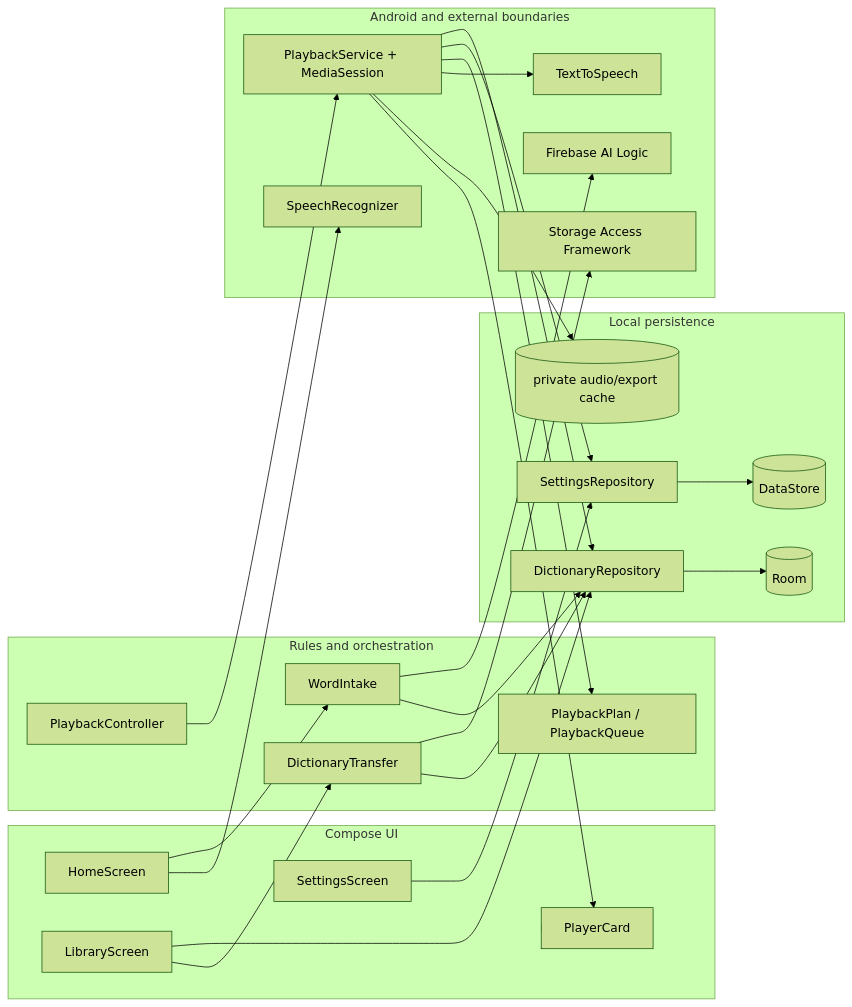
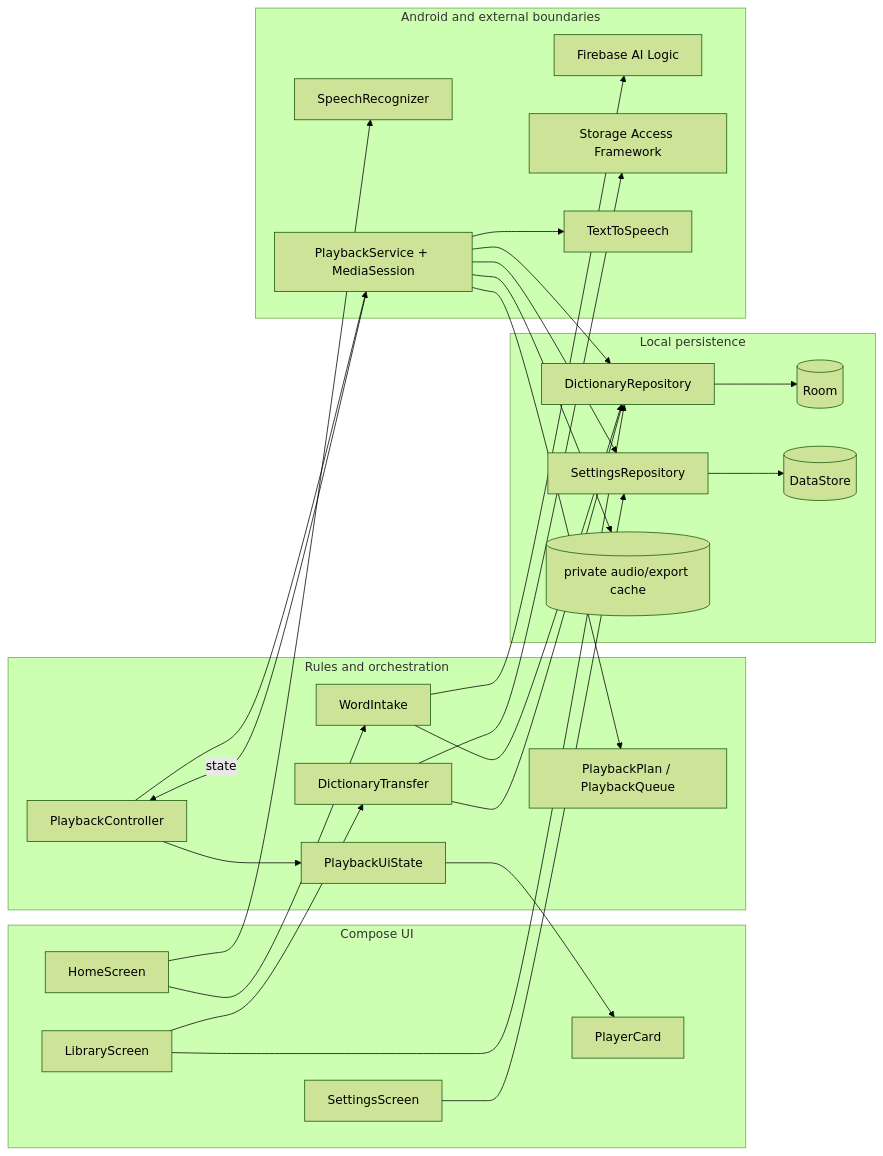
One commit to OleksiiSalnichenko/Learn-Everywhere-CX changed the first of 5 diagrams in docs/software-design.md. Above: the diagram before and after it, drawn with Mermaid (forest theme). The commit also changed other lines of this file and 16 other files, not shown here.

````diff
--- a/docs/software-design.md
+++ b/docs/software-design.md
@@ -11,52 +11,54 @@
 ```mermaid
 flowchart LR
     subgraph UI["Compose UI"]
         Home["HomeScreen"]
         Library["LibraryScreen"]
         Settings["SettingsScreen"]
         Player["PlayerCard"]
     end
 
     subgraph Domain["Rules and orchestration"]
         Intake["WordIntake"]
         Transfer["DictionaryTransfer"]
         Plan["PlaybackPlan / PlaybackQueue"]
         Controller["PlaybackController"]
+        PlaybackState["PlaybackUiState"]
     end
 
     subgraph Data["Local persistence"]
         Repo["DictionaryRepository"]
         Room[("Room")]
         SettingsRepo["SettingsRepository"]
         DS[("DataStore")]
         Cache[("private audio/export cache")]
     end
 
     subgraph Platform["Android and external boundaries"]
         Speech["SpeechRecognizer"]
         Firebase["Firebase AI Logic"]
         SAF["Storage Access Framework"]
         TTS["TextToSpeech"]
         Service["PlaybackService + MediaSession"]
     end
 
     Home --> Intake
     Home --> Speech
     Intake --> Firebase
     Intake --> Repo
     Library --> Repo
     Library --> Transfer
     Transfer --> SAF
     Transfer --> Repo
     Settings --> SettingsRepo
     SettingsRepo --> DS
     Controller --> Service
+    Service -->|state| Controller
+    Controller --> PlaybackState
     Service --> Repo
     Service --> SettingsRepo
     Service --> Plan
     Service --> TTS
     Service --> Cache
     Repo --> Room
-    UI --> Player
-    Service --> Player
+    PlaybackState --> Player
 ```
````
